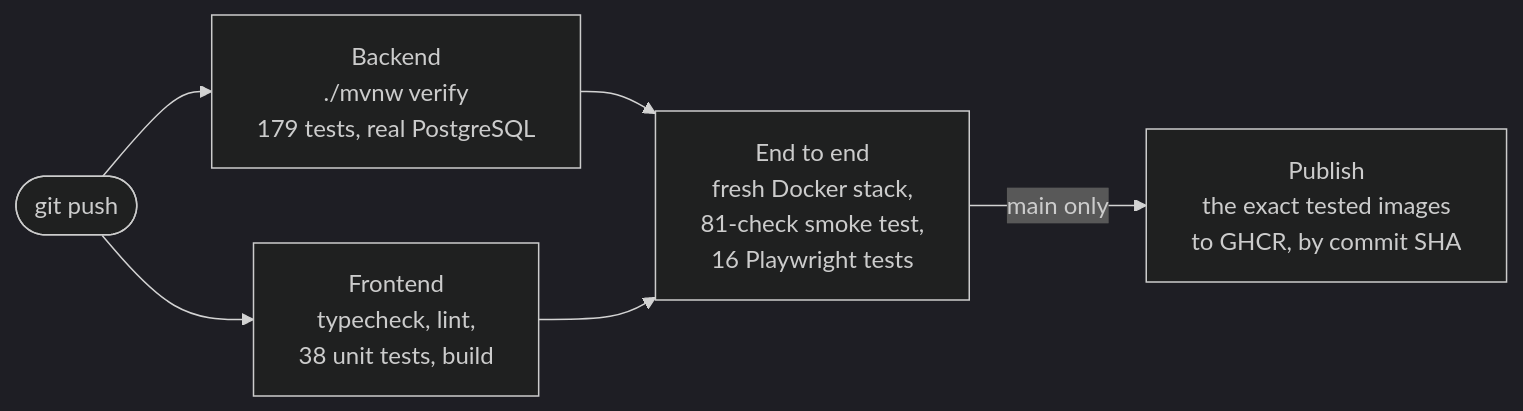
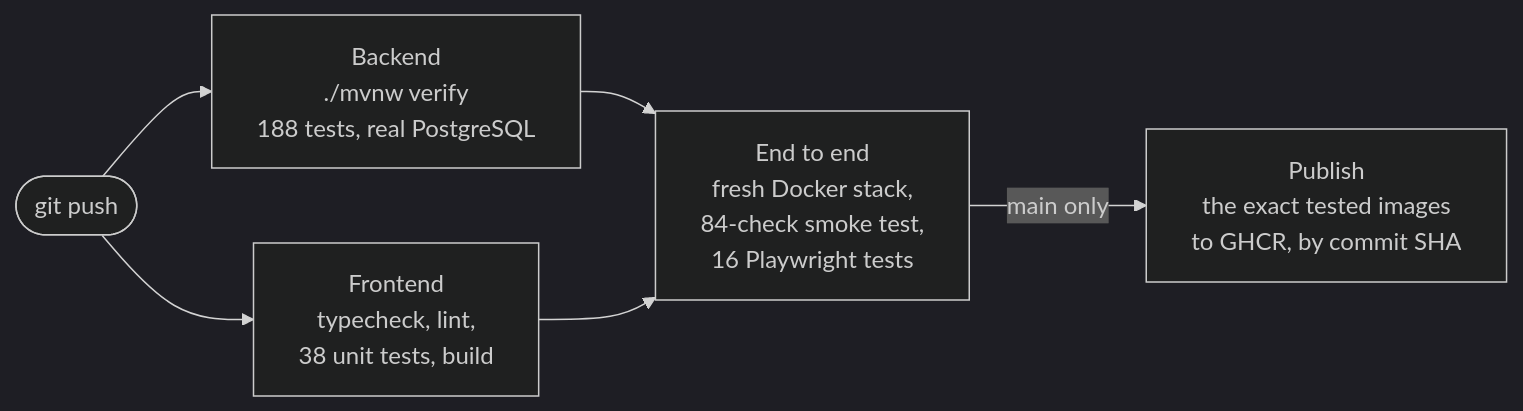
One commit to bossshhh/stockflow changed the fourth of 4 diagrams in README.md. Above: the diagram before and after it, drawn with Mermaid (dark theme). The commit also changed other lines of this file and 24 other files, not shown here.

````diff
--- a/README.md
+++ b/README.md
@@ -202,8 +203,8 @@
 ```mermaid
 flowchart LR
-    push(["git push"]) --> backend["Backend<br/>./mvnw verify<br/>179 tests, real PostgreSQL"]
+    push(["git push"]) --> backend["Backend<br/>./mvnw verify<br/>188 tests, real PostgreSQL"]
     push --> frontend["Frontend<br/>typecheck, lint,<br/>38 unit tests, build"]
     backend --> e2e
-    frontend --> e2e["End to end<br/>fresh Docker stack,<br/>81-check smoke test,<br/>16 Playwright tests"]
+    frontend --> e2e["End to end<br/>fresh Docker stack,<br/>84-check smoke test,<br/>16 Playwright tests"]
     e2e -->|"main only"| publish["Publish<br/>the exact tested images<br/>to GHCR, by commit SHA"]
 ```
````
